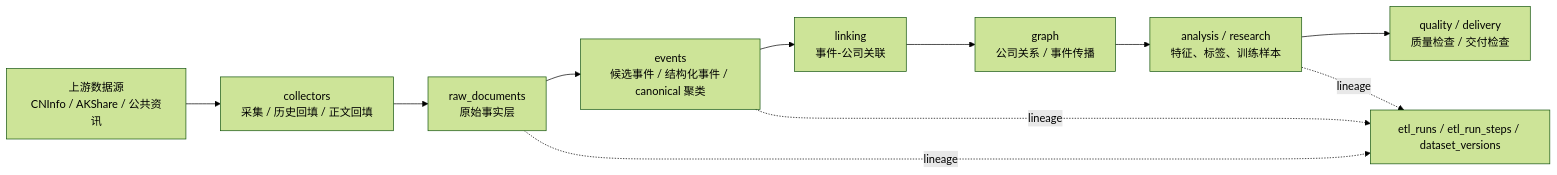
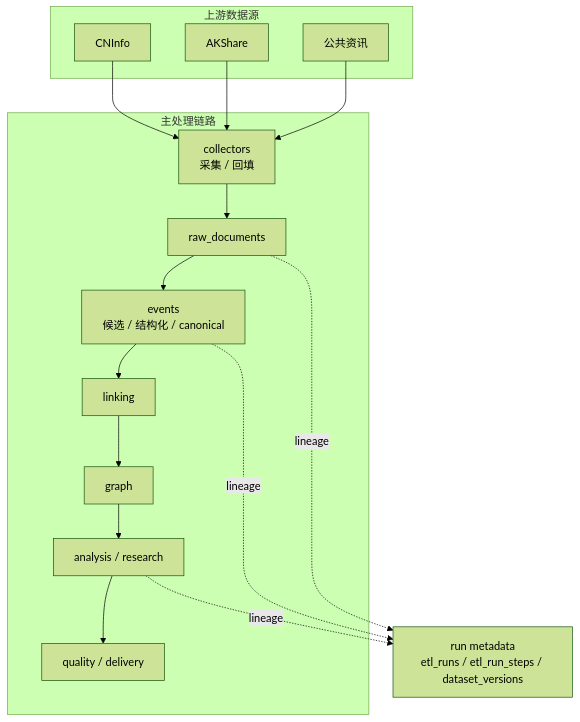
Before and after one commit to Timcai06/SPM: the first of 5 diagrams in README.md, drawn with Mermaid (forest theme).

````diff
--- a/README.md
+++ b/README.md
@@ -22,13 +22,28 @@
 ```mermaid
-flowchart LR
-    A["上游数据源<br/>CNInfo / AKShare / 公共资讯"] --> B["collectors<br/>采集 / 历史回填 / 正文回填"]
-    B --> C["raw_documents<br/>原始事实层"]
-    C --> D["events<br/>候选事件 / 结构化事件 / canonical 聚类"]
-    D --> E["linking<br/>事件-公司关联"]
-    E --> F["graph<br/>公司关系 / 事件传播"]
-    F --> G["analysis / research<br/>特征、标签、训练样本"]
-    G --> H["quality / delivery<br/>质量检查 / 交付检查"]
-    C -. lineage .-> I["etl_runs / etl_run_steps / dataset_versions"]
+flowchart TD
+    subgraph S["上游数据源"]
+        A1["CNInfo"]
+        A2["AKShare"]
+        A3["公共资讯"]
+    end
+
+    subgraph P["主处理链路"]
+        B["collectors<br/>采集 / 回填"]
+        C["raw_documents"]
+        D["events<br/>候选 / 结构化 / canonical"]
+        E["linking"]
+        F["graph"]
+        G["analysis / research"]
+        H["quality / delivery"]
+    end
+
+    I["run metadata<br/>etl_runs / etl_run_steps / dataset_versions"]
+
+    A1 --> B
+    A2 --> B
+    A3 --> B
+    B --> C --> D --> E --> F --> G --> H
+    C -. lineage .-> I
     D -. lineage .-> I
     G -. lineage .-> I
 ```
````
